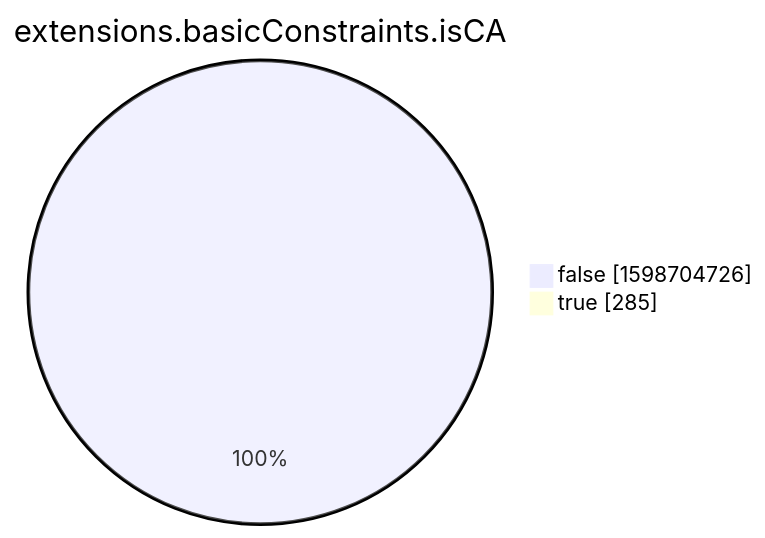
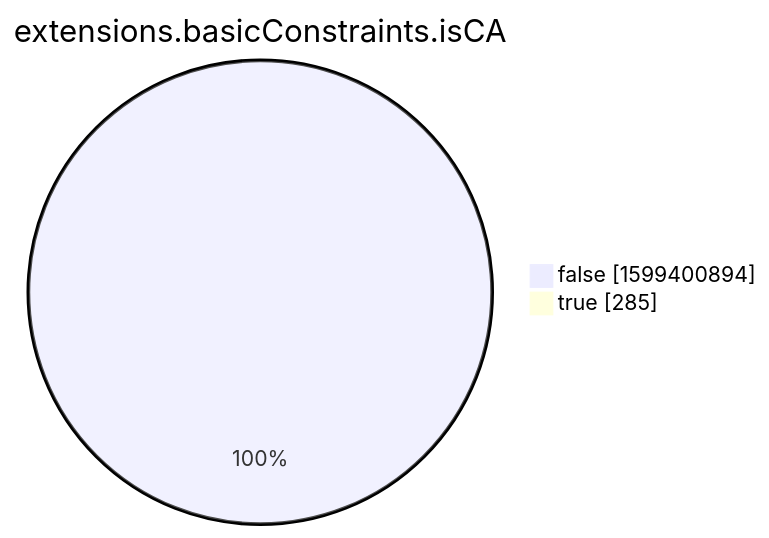
One commit to christiankrug/ctmonitor_visualization changed the eighth of 15 diagrams in xenon2022/README.md. Above: the diagram before and after it, drawn with Mermaid. The commit also changed other lines of this file, not shown here.

````diff
--- a/xenon2022/README.md
+++ b/xenon2022/README.md
@@ -2862,6 +2862,6 @@
 ```mermaid
 pie showData
 title extensions.basicConstraints.isCA
-"false" :1598704726
+"false" :1599400894
 "true" :285
 ```
````
